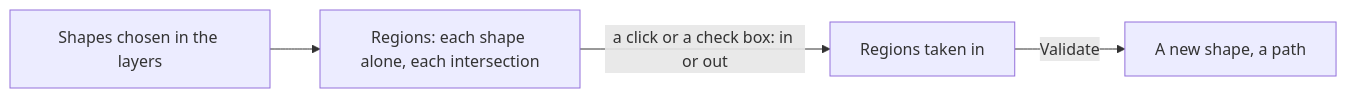
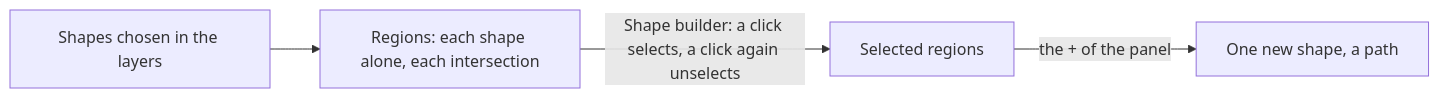
One commit to AlexandreGallais/synoptic-studio-spec changed the diagram in symbols/04-drawing-mode/intersection-mode.md. Above: the diagram before and after it, drawn with Mermaid. The commit also changed other lines of this file and 7 other files, not shown here.

First line of the commit message:
docs(symbols): clip shapes like drawn shapes, shape builder for intersection

````diff
--- a/symbols/04-drawing-mode/intersection-mode.md
+++ b/symbols/04-drawing-mode/intersection-mode.md
@@ -22,6 +23,6 @@
 ```mermaid
 flowchart LR
     S["Shapes chosen in the layers"] --> R["Regions: each shape alone, each intersection"]
-    R -->|"a click or a check box: in or out"| K["Regions taken in"]
-    K -->|"Validate"| N["A new shape, a path"]
+    R -->|"Shape builder: a click selects, a click again unselects"| K["Selected regions"]
+    K -->|"the + of the panel"| N["One new shape, a path"]
 ```
````
